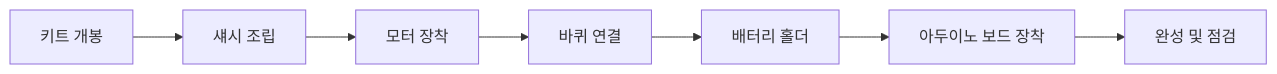
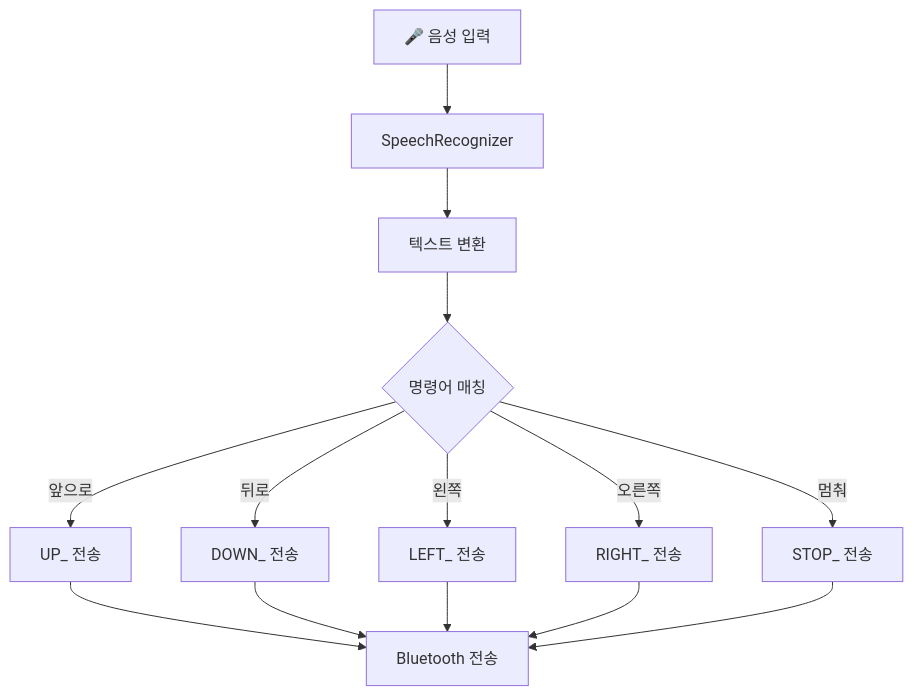
One commit to Collegenie-X/Arduino_AutoPlot changed the fourth of 17 diagrams in document/curriculum_autoplot_2day.md. Above: the diagram before and after it, drawn with Mermaid. The commit also changed other lines of this file and 3 other files, not shown here.

````diff
--- a/document/curriculum_autoplot_2day.md
+++ b/document/curriculum_autoplot_2day.md
@@ -25,9 +170,16 @@
 ```mermaid
-flowchart LR
-    A[키트 개봉] --> B[섀시 조립]
-    B --> C[모터 장착]
-    C --> D[바퀴 연결]
-    D --> E[배터리 홀더]
-    E --> F[아두이노 보드 장착]
-    F --> G[완성 및 점검]
+flowchart TD
+    A[🎤 음성 입력] --> B[SpeechRecognizer]
+    B --> C[텍스트 변환]
+    C --> D{명령어 매칭}
+    D -->|"앞으로"| E["UP_" 전송]
+    D -->|"뒤로"| F["DOWN_" 전송]
+    D -->|"왼쪽"| G["LEFT_" 전송]
+    D -->|"오른쪽"| H["RIGHT_" 전송]
+    D -->|"멈춰"| I["STOP_" 전송]
+    E --> J[Bluetooth 전송]
+    F --> J
+    G --> J
+    H --> J
+    I --> J
 ```
````
